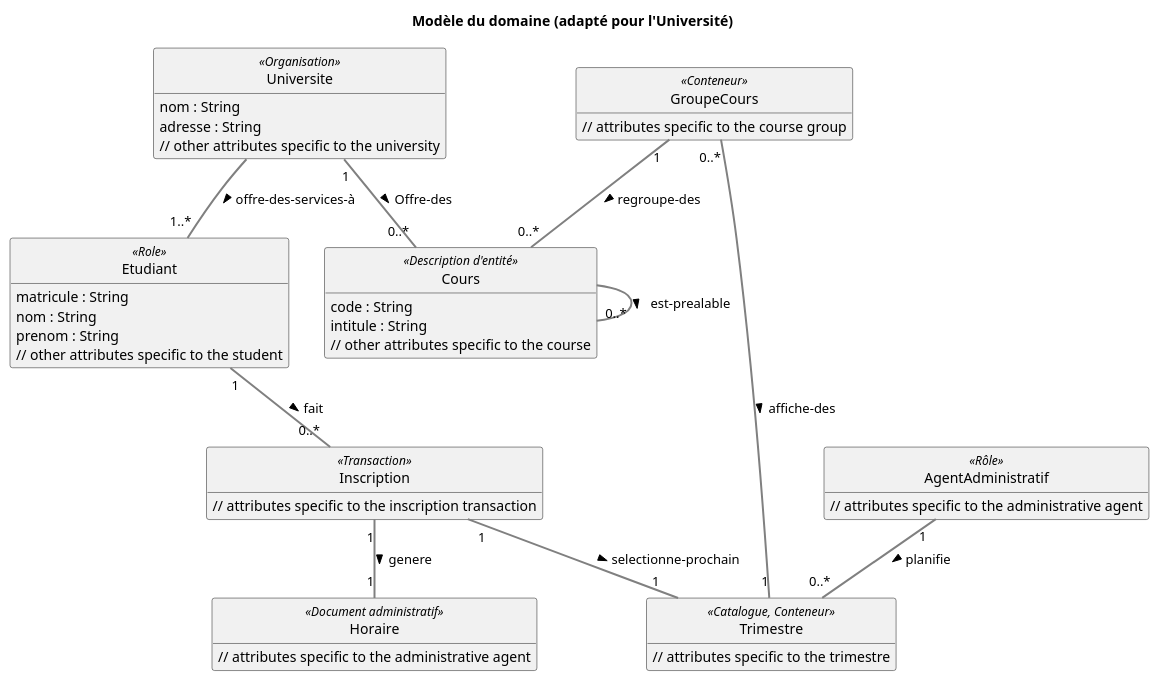
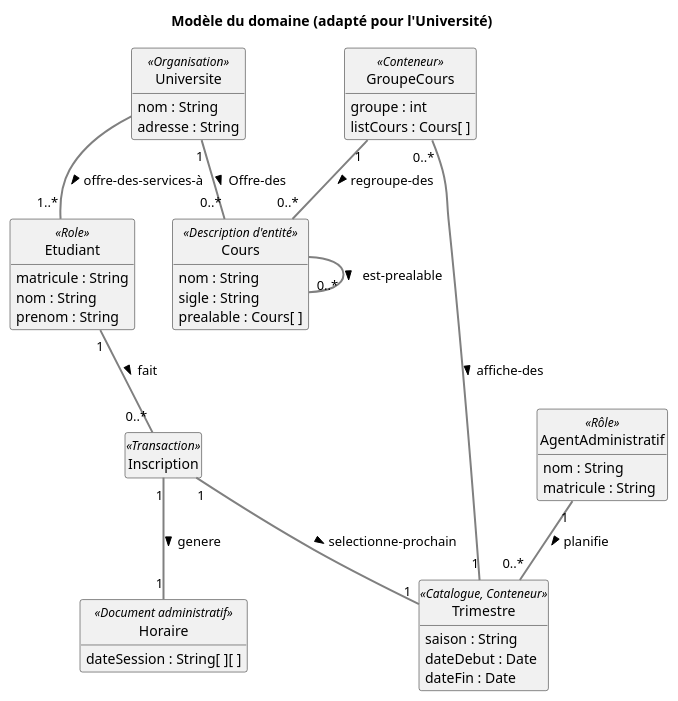
One commit to Sh4ytan/log210TPHebdo changed the diagram in mdd.puml. Above: the diagram before and after it, drawn with PlantUML.

Commit message:
MDD et DSS complétés

```diff
--- a/mdd.puml
+++ b/mdd.puml
@@ -1,49 +1,54 @@
 @startuml MDD
 skinparam style strictuml
 skinparam ArrowThickness 2
 skinparam ArrowColor #gray
 hide empty members
 title Modèle du domaine (adapté pour l'Université)
+
 class Universite <<Organisation>> {
   nom : String
   adresse : String
-  // other attributes specific to the university
+  
 }
 class Etudiant <<Role>> {
   matricule : String
   nom : String
-  prenom : String
-  // other attributes specific to the student
+  prenom : String  
 }
 class Cours <<Description d'entité>> {
-  code : String
-  intitule : String
-  // other attributes specific to the course
+  nom : String
+  sigle : String
+  prealable : Cours[ ]
 }
 class Inscription << Transaction >> {
-  // attributes specific to the inscription transaction
+  
+  
 }
 class GroupeCours <<Conteneur>> {
-  // attributes specific to the course group
+  groupe : int
+  listCours : Cours[ ]  
 }
 class Trimestre <<Catalogue, Conteneur>> {
-  // attributes specific to the trimestre
+  saison : String
+  dateDebut : Date
+  dateFin : Date
 }
 class AgentAdministratif <<Rôle>> {
-  // attributes specific to the administrative agent
+  nom : String
+  matricule : String
 }
 class Horaire <<Document administratif>> {
-  // attributes specific to the administrative agent
+  dateSession : String[ ][ ]
 }
 
 ' associations
 Universite -- "1..*" Etudiant : offre-des-services-à  >
 Universite "1" -- "0..*" Cours : Offre-des >
 Cours -- "0..*" Cours : est-prealable >
 Etudiant "1" -- "0..*" Inscription : fait >
 GroupeCours "1" -- "0..*" Cours : regroupe-des >
 GroupeCours "0..*" -- "1" Trimestre : affiche-des >
 AgentAdministratif "1" -- "0..*" Trimestre : planifie >
 Inscription "1" -- "1" Trimestre : selectionne-prochain >
 Inscription "1" -- "1" Horaire : genere >
 @enduml
```
